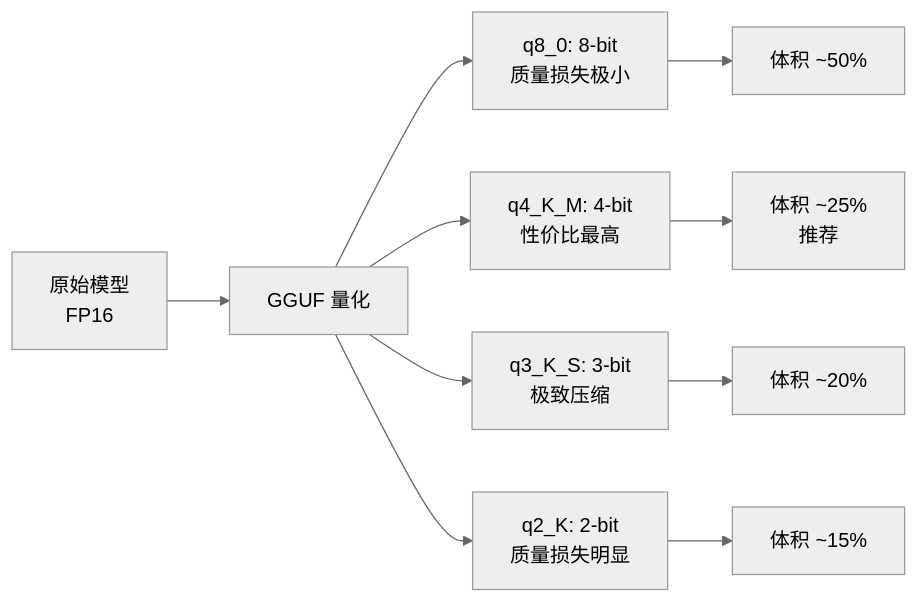
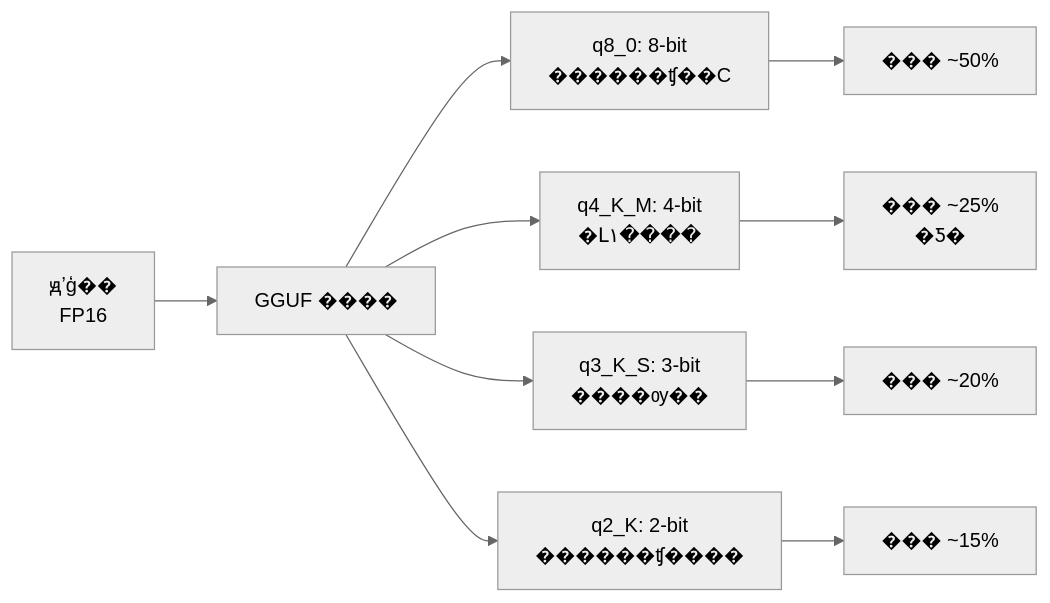
The fifth of 9 diagrams in content/post/ai-interview/大模型如何做本地化部署.zh-CN.md (TimeHunter618/hugo-maid-dev), drawn with Mermaid (neutral theme) before and after one commit. The commit also changed other lines of this file and 70 other files, not shown here.

````diff
--- a/content/post/ai-interview/大模型如何做本地化部署.zh-CN.md
+++ b/content/post/ai-interview/大模型如何做本地化部署.zh-CN.md
@@ -303,13 +303,13 @@
 ```mermaid
 graph LR
-    A[原始模型<br/>FP16] --> B[GGUF 量化]
-    B --> C[q8_0: 8-bit<br/>质量损失极小]
-    B --> D[q4_K_M: 4-bit<br/>性价比最高]
-    B --> E[q3_K_S: 3-bit<br/>极致压缩]
-    B --> F[q2_K: 2-bit<br/>质量损失明显]
+    A[ԭʼģ��<br/>FP16] --> B[GGUF ����]
+    B --> C[q8_0: 8-bit<br/>������ʧ��С]
+    B --> D[q4_K_M: 4-bit<br/>�Լ۱����]
+    B --> E[q3_K_S: 3-bit<br/>����ѹ��]
+    B --> F[q2_K: 2-bit<br/>������ʧ����]
 
-    C --> G[体积 ~50%]
-    D --> H[体积 ~25%<br/>推荐]
-    E --> I[体积 ~20%]
-    F --> J[体积 ~15%]
+    C --> G[��� ~50%]
+    D --> H[��� ~25%<br/>�Ƽ�]
+    E --> I[��� ~20%]
+    F --> J[��� ~15%]
 ```
````
